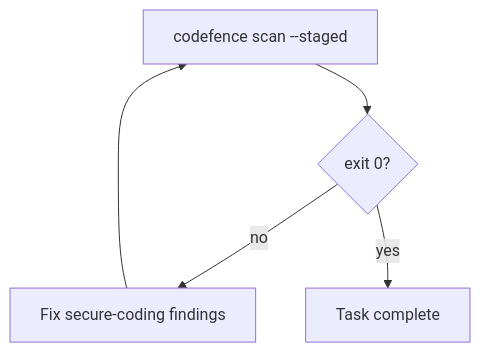
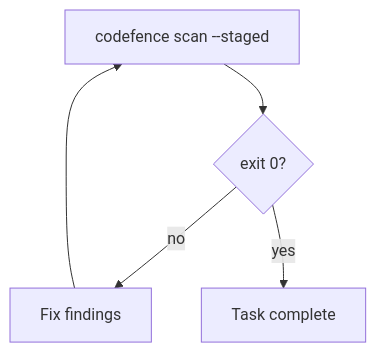
Before and after one commit to kadraman/codefence: the diagram in docs/AI-ASSISTANTS.md, drawn with Mermaid. The commit also changed other lines of this file and 68 other files, not shown here.

````diff
--- a/docs/AI-ASSISTANTS.md
+++ b/docs/AI-ASSISTANTS.md
@@ -93,7 +93,7 @@
 ```mermaid
 flowchart TD
   A[codefence scan --staged] --> B{exit 0?}
-  B -->|no| C[Fix secure-coding findings]
+  B -->|no| C[Fix findings]
   C --> A
   B -->|yes| D[Task complete]
 ```
````
